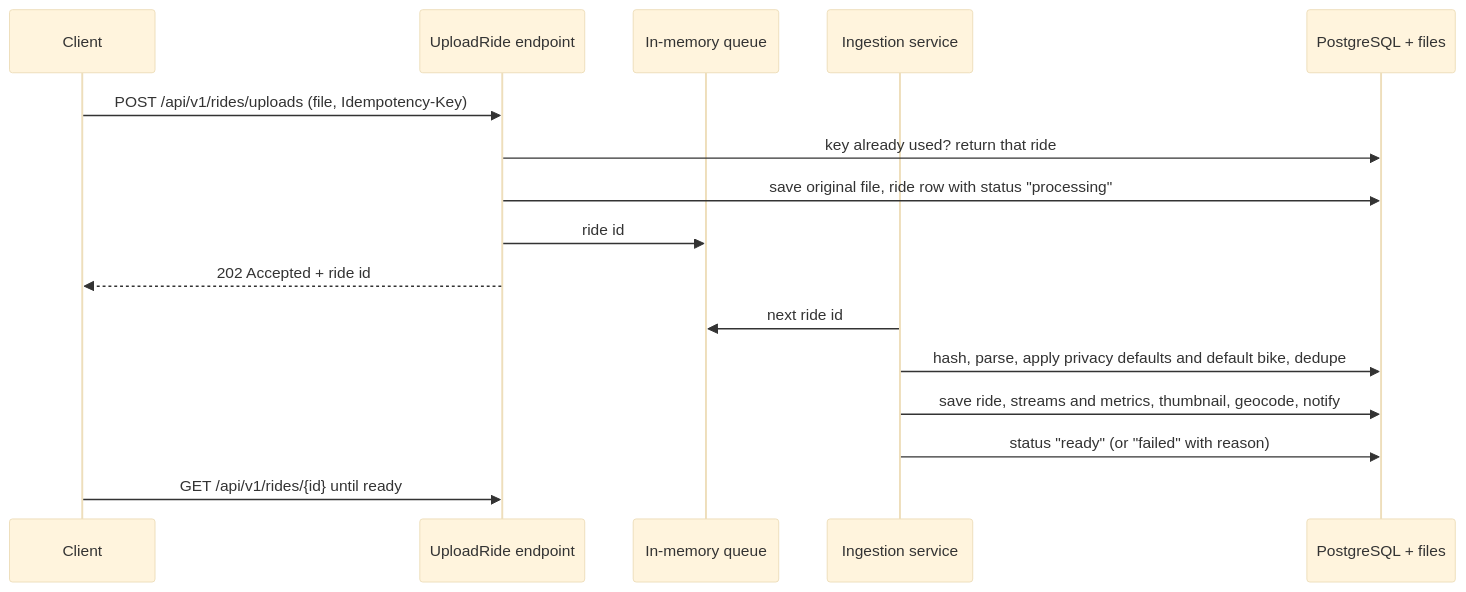
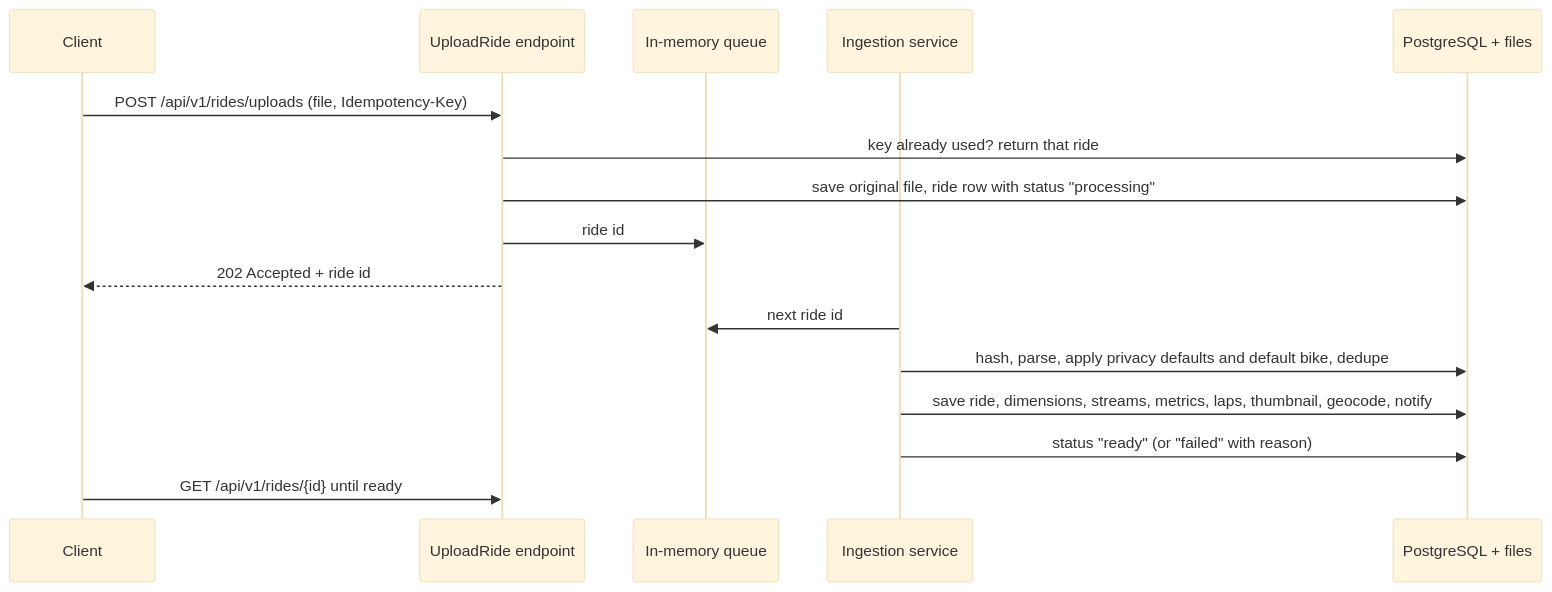
Before and after one commit to zenkraker/Velomine: the second of 4 diagrams in docs/architecture.md, drawn with Mermaid (base theme). The commit also changed other lines of this file and 62 other files, not shown here.

First line of the commit message:
Add ride dimensions and laps

````diff
--- a/docs/architecture.md
+++ b/docs/architecture.md
@@ -89,19 +89,19 @@
 ```mermaid
 sequenceDiagram
   participant C as Client
   participant E as UploadRide endpoint
   participant Q as In-memory queue
   participant W as Ingestion service
   participant S as PostgreSQL + files
 
   C->>E: POST /api/v1/rides/uploads (file, Idempotency-Key)
   E->>S: key already used? return that ride
   E->>S: save original file, ride row with status "processing"
   E->>Q: ride id
   E-->>C: 202 Accepted + ride id
   W->>Q: next ride id
   W->>S: hash, parse, apply privacy defaults and default bike, dedupe
-  W->>S: save ride, streams and metrics, thumbnail, geocode, notify
+  W->>S: save ride, dimensions, streams, metrics, laps, thumbnail, geocode, notify
   W->>S: status "ready" (or "failed" with reason)
   C->>E: GET /api/v1/rides/{id} until ready
 ```
````
